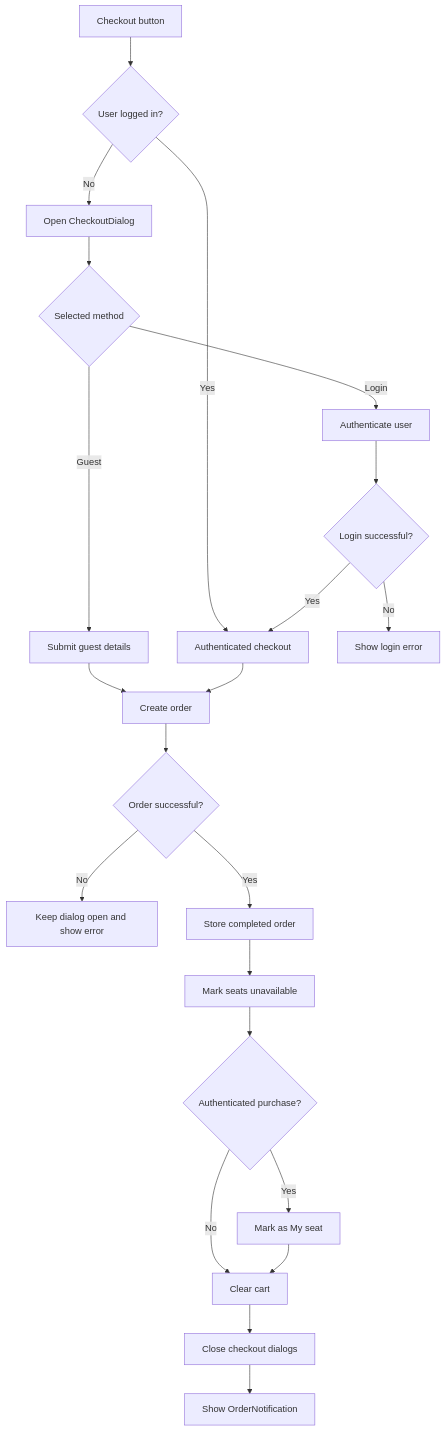
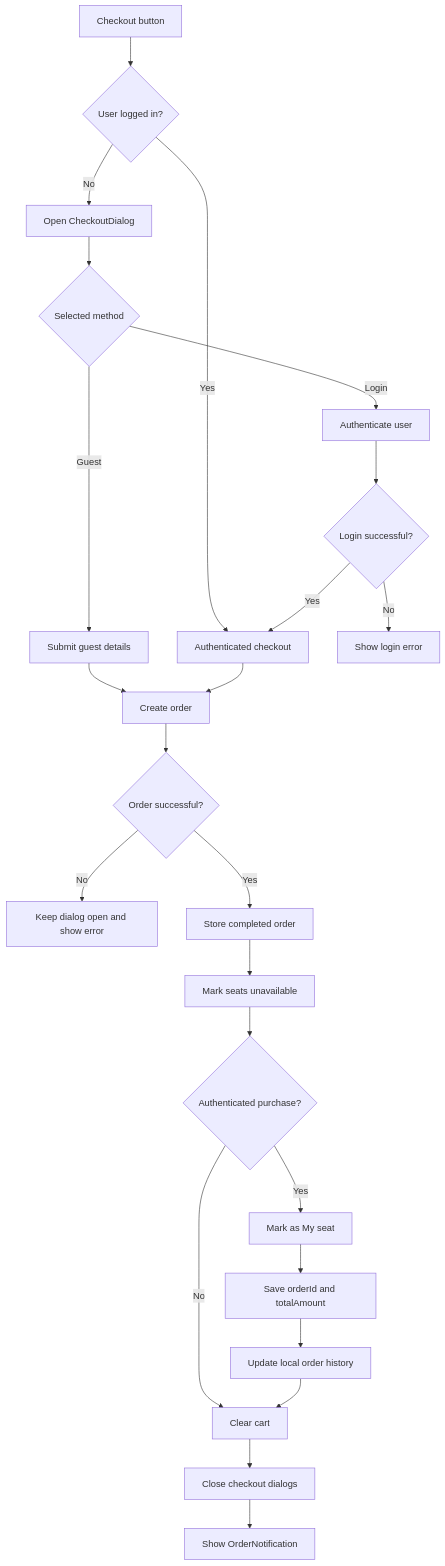
Before and after one commit to Nazar-Pichak/frontend-case-study: the third of 3 diagrams in ARCHITECTURE.md, drawn with Mermaid. The commit also changed other lines of this file and 9 other files, not shown here.

Commit message:
feat: add local order history

````diff
--- a/ARCHITECTURE.md
+++ b/ARCHITECTURE.md
@@ -194,32 +224,38 @@
 ```mermaid
 flowchart TD
     START["Checkout button"] --> LOGGED{"User logged in?"}
 
     LOGGED -->|Yes| AUTHORDER["Authenticated checkout"]
     LOGGED -->|No| DIALOG["Open CheckoutDialog"]
 
     DIALOG --> METHOD{"Selected method"}
+
     METHOD -->|Guest| GUEST["Submit guest details"]
     METHOD -->|Login| LOGIN["Authenticate user"]
 
     LOGIN --> LOGINSUCCESS{"Login successful?"}
+
     LOGINSUCCESS -->|No| LOGINERROR["Show login error"]
     LOGINSUCCESS -->|Yes| AUTHORDER
 
     GUEST --> ORDER["Create order"]
     AUTHORDER --> ORDER
 
     ORDER --> RESULT{"Order successful?"}
+
     RESULT -->|No| ORDERERROR["Keep dialog open and show error"]
     RESULT -->|Yes| COMPLETE["Store completed order"]
 
     COMPLETE --> BLOCK["Mark seats unavailable"]
     BLOCK --> OWNER{"Authenticated purchase?"}
 
     OWNER -->|Yes| MARK["Mark as My seat"]
     OWNER -->|No| CLEAR["Clear cart"]
 
-    MARK --> CLEAR
+    MARK --> SAVEHISTORY["Save orderId and totalAmount"]
+    SAVEHISTORY --> LOCALHISTORY["Update local order history"]
+    LOCALHISTORY --> CLEAR
+
     CLEAR --> CLOSE["Close checkout dialogs"]
     CLOSE --> NOTICE["Show OrderNotification"]
 ```
````
